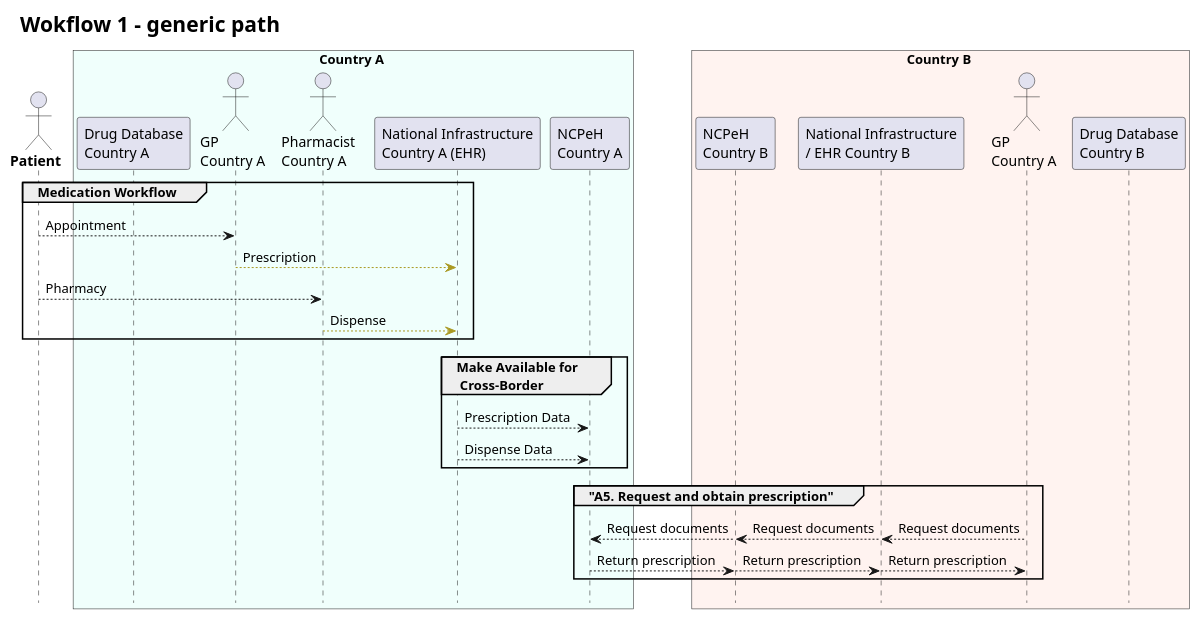
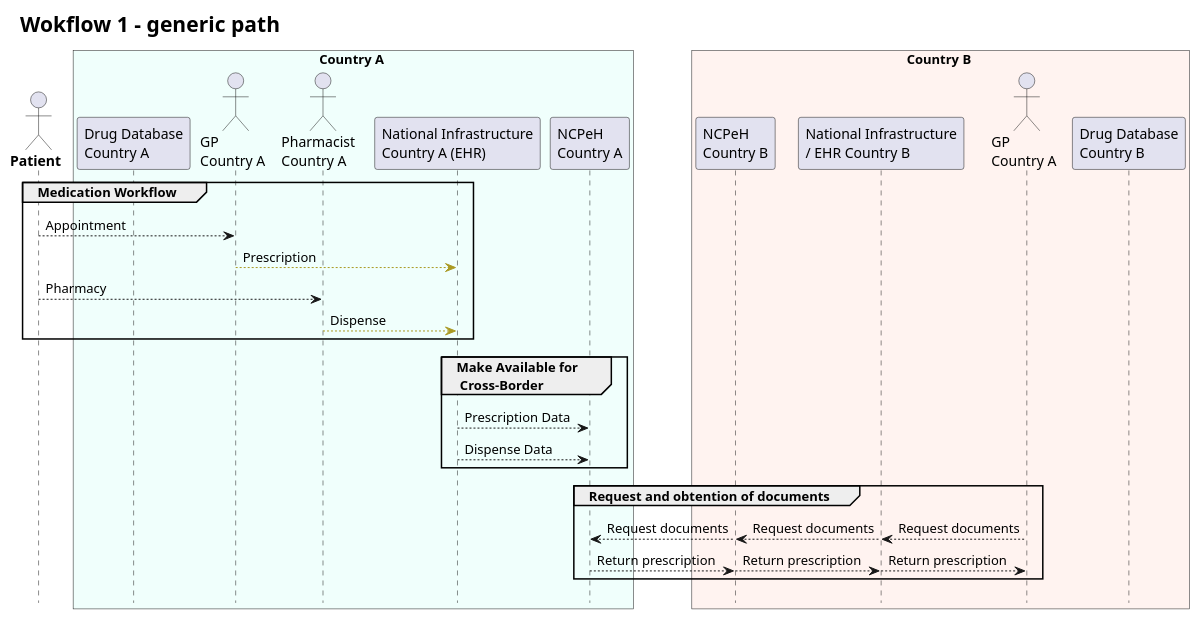
Before and after one commit to joofio/idmed: the diagram in input/images-source/workflow-generic.plantuml, drawn with PlantUML. The commit also changed 2 other files, not shown here.

```diff
--- a/input/images-source/workflow-generic.plantuml
+++ b/input/images-source/workflow-generic.plantuml
@@ -1,56 +1,55 @@
 @startuml
 '!include ./style.iuml
 !pragma teoz true
 hide footbox
 skinparam CaptionBorderThickness 13
 skinparam TitleFontSize 21
 
 skinparam DefaultTextAlignment left
 
 title Wokflow 1 - generic path
 
 actor "**Patient**" as P
 
 
 box Country A #F0FFFC
 participant "Drug Database\nCountry A" as MPDA 
 actor "GP \nCountry A" as GPA
 actor "Pharmacist \nCountry A" as PA
 participant "National Infrastructure\nCountry A (EHR)" as EHRA
 participant "NCPeH\nCountry A" as NCA.A
 end box
 
 box Country B #FFF3F0
 participant "NCPeH\nCountry B" as NCA.B
 participant "National Infrastructure\n/ EHR Country B" as EHRB
 actor "GP \nCountry A" as GPB
 participant "Drug Database\nCountry B" as MPDB
 end box
 
 
 
 group Medication Workflow
 P --> GPA: Appointment
 GPA -[#A92]-> EHRA : Prescription
 P --> PA: Pharmacy
 PA -[#A92]-> EHRA : Dispense
 end
 
 group Make Available for \n Cross-Border
 EHRA --> NCA.A: Prescription Data
 EHRA --> NCA.A: Dispense Data
 end
 
-group "A5. Request and obtain prescription"
+group Request and obtention of documents
 GPB --> EHRB: Request documents
 & EHRB --> NCA.B: Request documents
 & NCA.B --> NCA.A: Request documents
 NCA.A --> NCA.B : Return prescription
 & NCA.B --> EHRB : Return prescription
 & EHRB --> GPB : Return prescription
 deactivate NCA.A
 end
 
 
-
 @enduml
```
